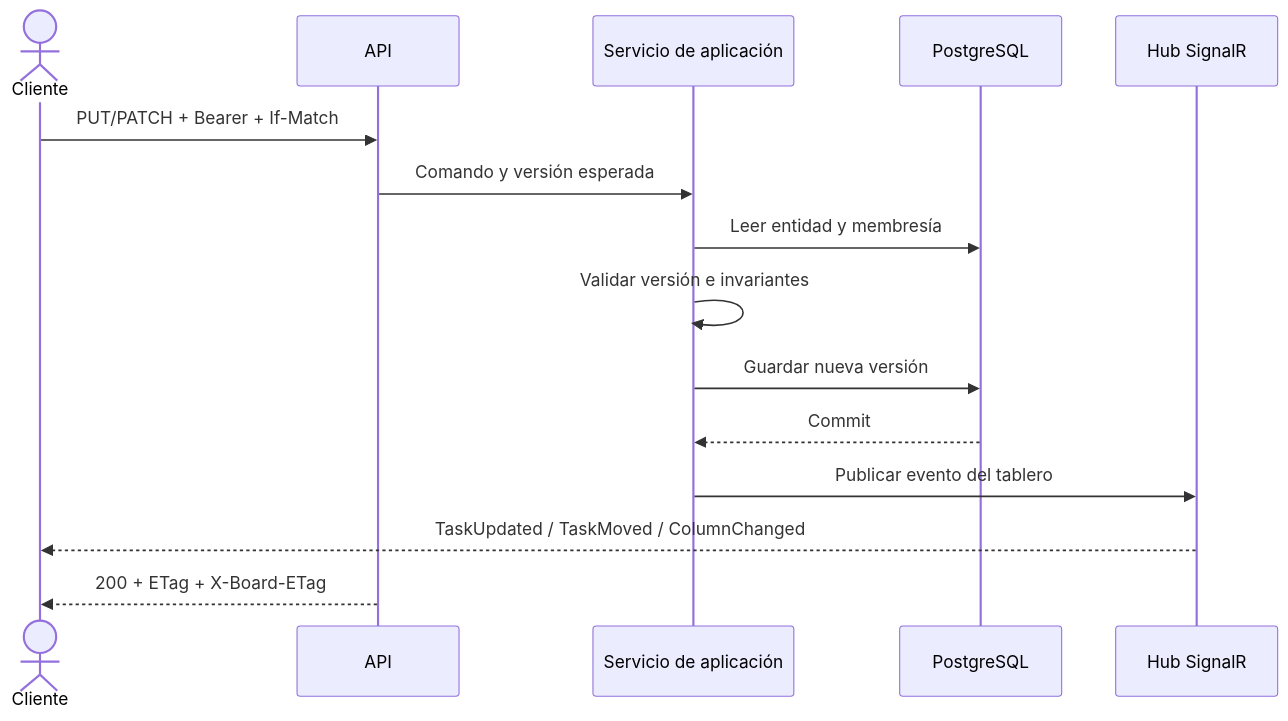
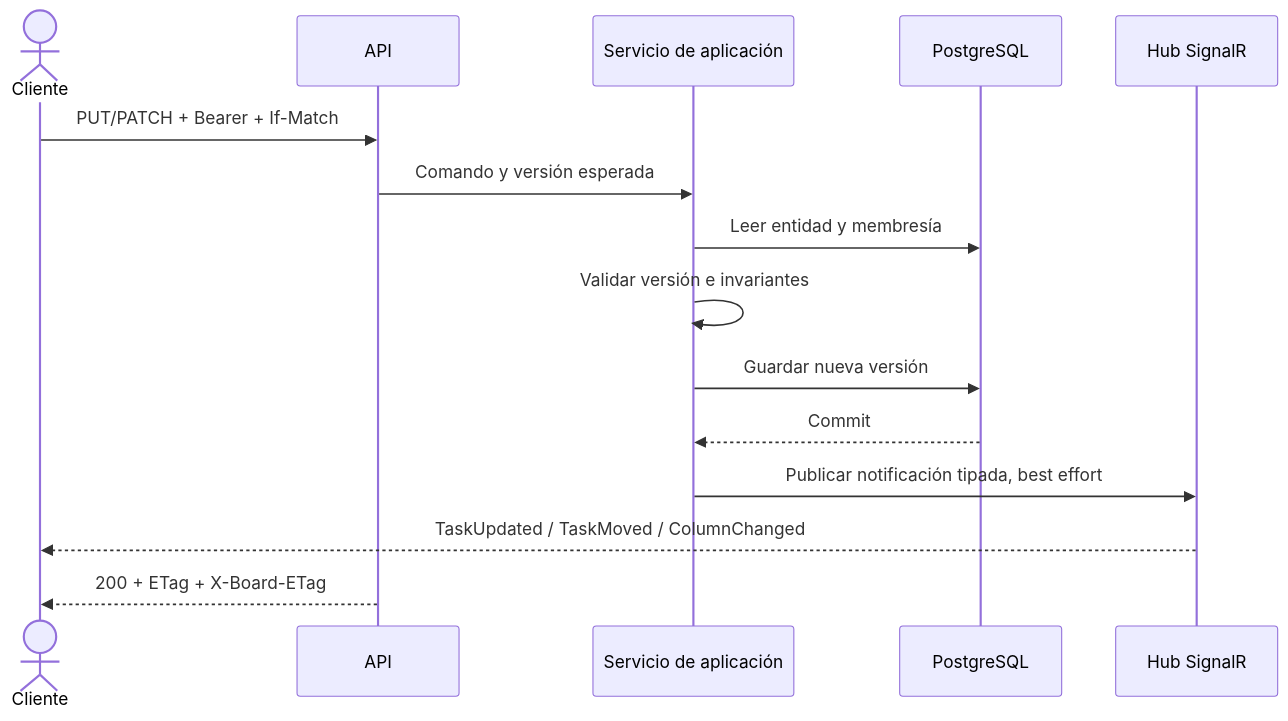
One commit to DRTX2/scrumboard changed the third of 3 diagrams in docs/architecture.md. Above: the diagram before and after it, drawn with Mermaid. The commit also changed other lines of this file and 3 other files, not shown here.

Commit message:
docs: describe canonical architecture and operations

````diff
--- a/docs/architecture.md
+++ b/docs/architecture.md
@@ -52,18 +64,18 @@
 ```mermaid
 sequenceDiagram
     actor C as Cliente
     participant A as API
     participant S as Servicio de aplicación
     participant D as PostgreSQL
     participant H as Hub SignalR
 
     C->>A: PUT/PATCH + Bearer + If-Match
     A->>S: Comando y versión esperada
     S->>D: Leer entidad y membresía
     S->>S: Validar versión e invariantes
     S->>D: Guardar nueva versión
     D-->>S: Commit
-    S->>H: Publicar evento del tablero
+    S->>H: Publicar notificación tipada, best effort
     H-->>C: TaskUpdated / TaskMoved / ColumnChanged
     A-->>C: 200 + ETag + X-Board-ETag
 ```
````
